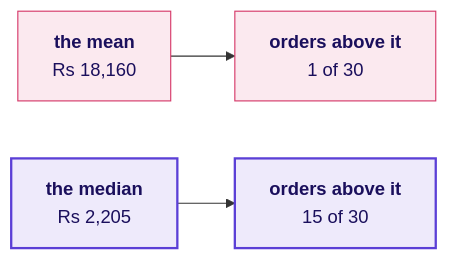
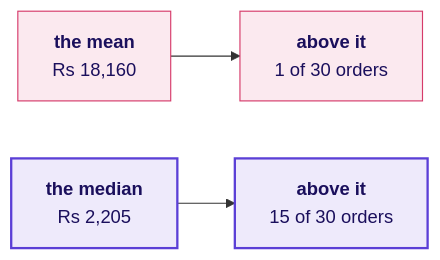
Diagram 29 of 29 in content/W01/D1/slides/C2_W01_D01_half1_STUDENT.md (fde-academy-lab/c2-content-factory), drawn with Mermaid before and after one commit. The commit also changed other lines of this file and 32 other files, not shown here.

````diff
--- a/content/W01/D1/slides/C2_W01_D01_half1_STUDENT.md
+++ b/content/W01/D1/slides/C2_W01_D01_half1_STUDENT.md
@@ -1706,9 +1737,9 @@
 ```mermaid
 flowchart LR
-    M["<b>the mean</b><br/>Rs 18,160"] --> MA["<b>orders above it</b><br/>1 of 30"]
-    D["<b>the median</b><br/>Rs 2,205"] --> DA["<b>orders above it</b><br/>15 of 30"]
+    M["<b>the mean</b><br/>Rs 18,160"] --> MA["<b>above it</b><br/>1 of 30 orders"]
+    D["<b>the median</b><br/>Rs 2,205"] --> DA["<b>above it</b><br/>15 of 30 orders"]
     classDef bad fill:#FBE9EF,stroke:#D63A6A,color:#1A0F5C
     classDef known fill:#EEEAFB,stroke:#5B3FD6,color:#1A0F5C,stroke-width:2px
     class M,MA bad
     class D,DA known
 ```
````
